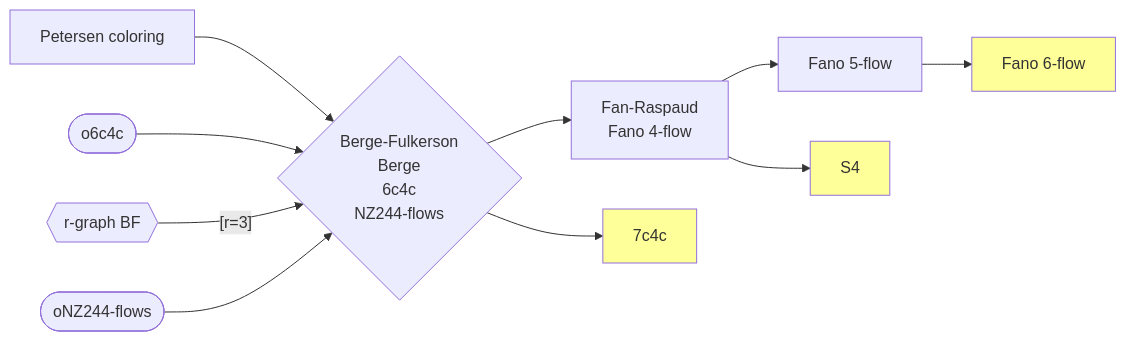
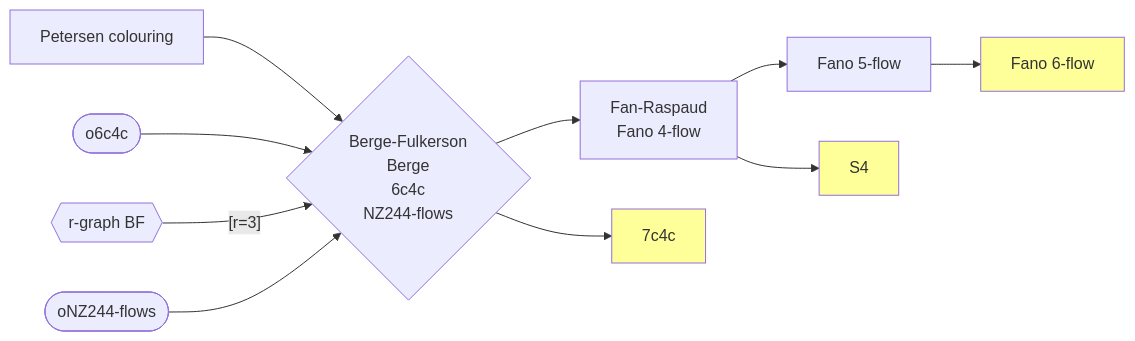
One commit to gexahedron/graph-book changed the diagram in notes/6c4c_and_relatives.md. Above: the diagram before and after it, drawn with Mermaid. The commit also changed other lines of this file and 3 other files, not shown here.

Commit message:
coloring -> colouring

````diff
--- a/notes/6c4c_and_relatives.md
+++ b/notes/6c4c_and_relatives.md
@@ -3,20 +3,20 @@
 ```mermaid
 flowchart LR
-  pc[Petersen coloring] --> 6c4c{Berge-Fulkerson\nBerge\n6c4c\nNZ244-flows}
+  pc[Petersen colouring] --> 6c4c{Berge-Fulkerson\nBerge\n6c4c\nNZ244-flows}
   o6c4c([o6c4c]) --> 6c4c
   rgraph{{r-graph BF}} --[r=3]--> 6c4c
   o244([oNZ244-flows]) --> 6c4c
   6c4c --> fr[Fan-Raspaud\nFano 4-flow]
   fr --> fano5[Fano 5-flow]
   
   classDef theorem fill:#ff9
   
   7c4c:::theorem
   6c4c --> 7c4c[7c4c]
 
   fano6:::theorem
   fano5 --> fano6[Fano 6-flow]
 
   s4:::theorem
   fr --> s4[S4]
 ```
````
